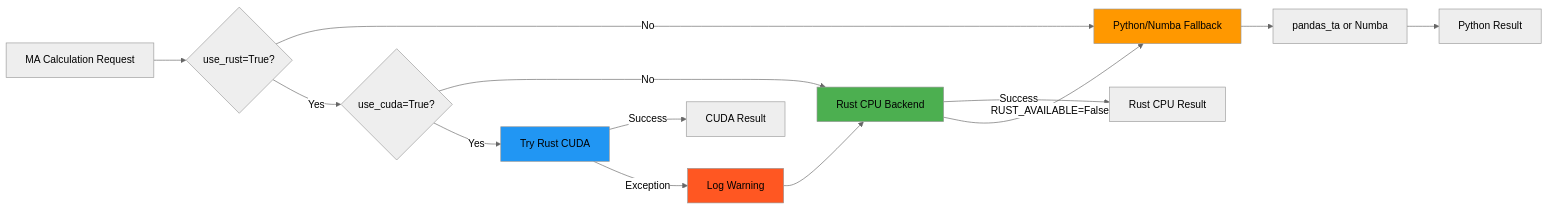
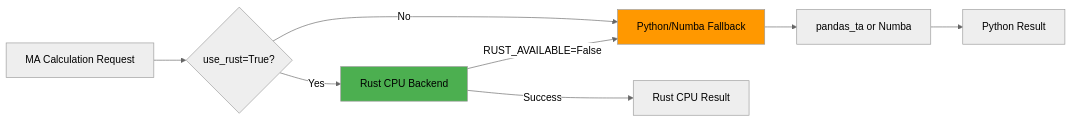
Before and after one commit to Nguyenthang2292/Sovereign-IQ: the second of 11 diagrams in modules/adaptive_trend_LTS_mini/docs/optimization_flow_diagram.md, drawn with Mermaid (neutral theme). The commit also changed other lines of this file and 167 other files, not shown here.

````diff
--- a/modules/adaptive_trend_LTS_mini/docs/optimization_flow_diagram.md
+++ b/modules/adaptive_trend_LTS_mini/docs/optimization_flow_diagram.md
@@ -67,25 +67,16 @@
 ```mermaid
 graph LR
     A[MA Calculation Request] --> B{use_rust=True?}
 
     B -->|No| Z[Python/Numba Fallback]
-    B -->|Yes| C{use_cuda=True?}
-
-    C -->|No| Y[Rust CPU Backend]
-    C -->|Yes| D[Try Rust CUDA]
-
-    D -->|Success| E[CUDA Result]
-    D -->|Exception| F[Log Warning]
-    F --> Y
+    B -->|Yes| Y[Rust CPU Backend]
 
     Y -->|Success| G[Rust CPU Result]
     Y -->|RUST_AVAILABLE=False| Z
 
     Z --> H[pandas_ta or Numba]
     H --> I[Python Result]
 
-    style D fill:#2196F3
     style Y fill:#4CAF50
     style Z fill:#FF9800
-    style F fill:#FF5722
 ```
````
